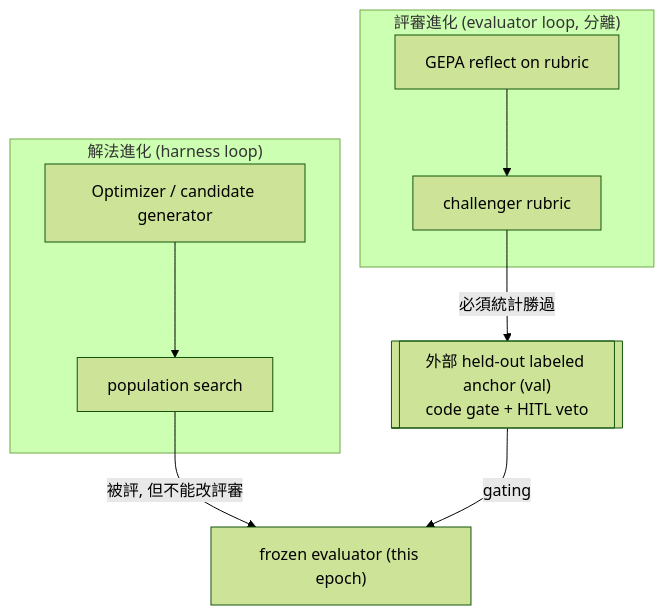
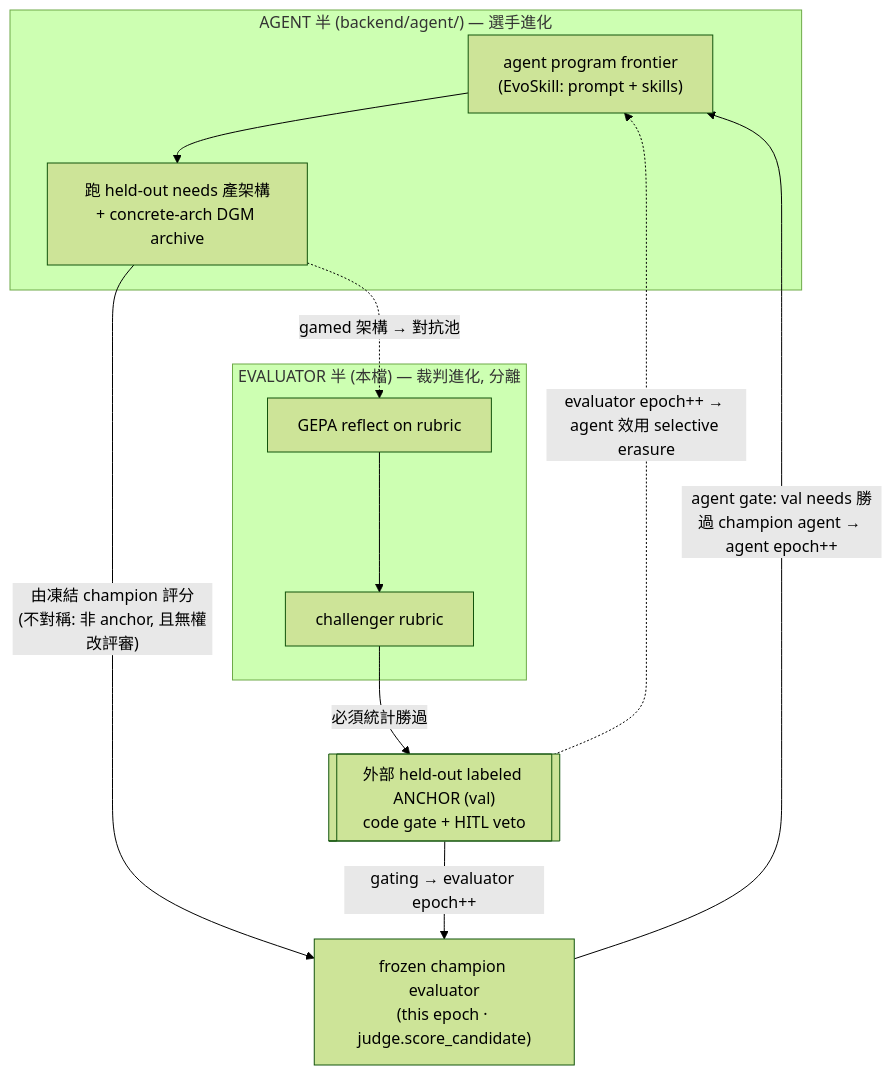
One commit to iiyyll01lin/yy-rqgm changed the fourth of 5 diagrams in docs/03-evaluator.md. Above: the diagram before and after it, drawn with Mermaid (forest theme). The commit also changed other lines of this file and 3 other files, not shown here.

First line of the commit message:
agent(D): docs — reconcile Iron Law II/IV + README/03-evaluator/01-orchestration to co-evolution

````diff
--- a/docs/03-evaluator.md
+++ b/docs/03-evaluator.md
@@ -376,13 +376,17 @@
 ```mermaid
 flowchart TD
-    subgraph SOLVE["解法進化 (harness loop)"]
-        S1["Optimizer / candidate generator"] --> S2["population search"]
+    subgraph AGENT["AGENT 半 (backend/agent/) — 選手進化"]
+        A1["agent program frontier<br/>(EvoSkill: prompt + skills)"] --> A2["跑 held-out needs 產架構<br/>+ concrete-arch DGM archive"]
     end
-    subgraph JUDGE["評審進化 (evaluator loop, 分離)"]
+    subgraph JUDGE["EVALUATOR 半 (本檔) — 裁判進化, 分離"]
         J1["GEPA reflect on rubric"] --> J2["challenger rubric"]
     end
-    EXT[["外部 held-out labeled anchor (val)<br/>code gate + HITL veto"]]
-    S2 -->|"被評, 但不能改評審"| FROZEN["frozen evaluator (this epoch)"]
+    FROZEN["frozen champion evaluator<br/>(this epoch · judge.score_candidate)"]
+    EXT[["外部 held-out labeled ANCHOR (val)<br/>code gate + HITL veto"]]
+    A2 -->|"由凍結 champion 評分<br/>(不對稱: 非 anchor, 且無權改評審)"| FROZEN
+    FROZEN -->|"agent gate: val needs 勝過 champion agent → agent epoch++"| A1
     J2 -->|"必須統計勝過"| EXT
-    EXT -->|"gating"| FROZEN
+    EXT -->|"gating → evaluator epoch++"| FROZEN
+    A2 -.->|"gamed 架構 → 對抗池"| J1
+    EXT -.->|"evaluator epoch++ → agent 效用 selective erasure"| A1
 ```
````
